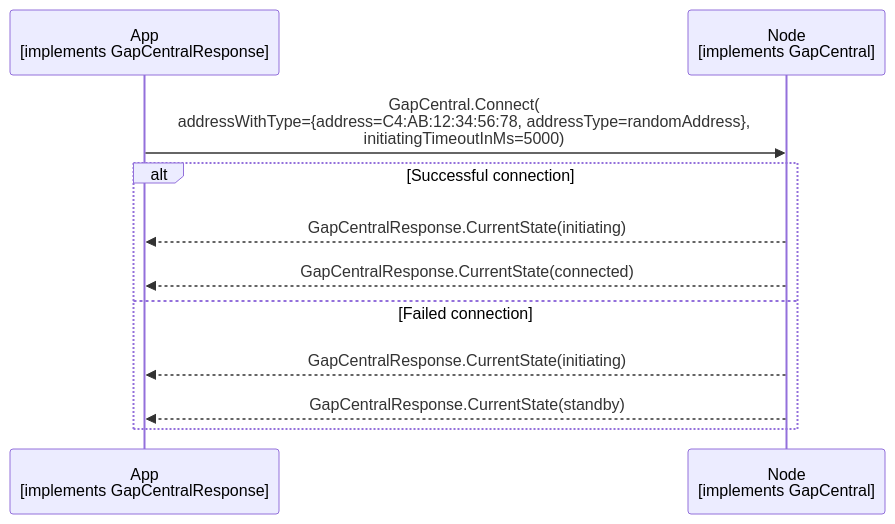
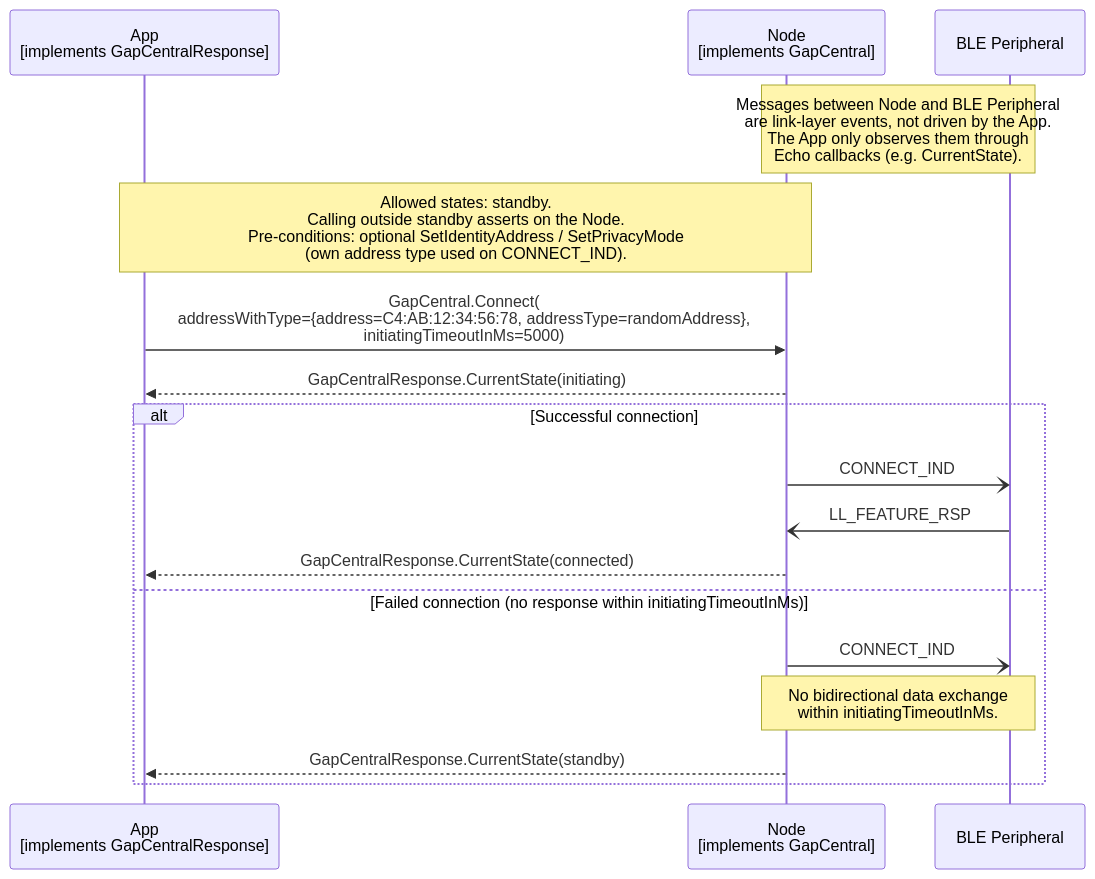
One commit to philips-software/amp-embedded-infra-lib changed the diagram in documents/modules/ROOT/partials/echoservices/gap_central/GapCentral_Connect_sequence.mmd. Above: the diagram before and after it, drawn with Mermaid. The commit also changed 32 other files, not shown here.

Commit message:
apply feedback on gap uml diagrams

```diff
--- a/documents/modules/ROOT/partials/echoservices/gap_central/GapCentral_Connect_sequence.mmd
+++ b/documents/modules/ROOT/partials/echoservices/gap_central/GapCentral_Connect_sequence.mmd
@@ -1,13 +1,20 @@
 sequenceDiagram
     participant App as App<br>[implements GapCentralResponse]
     participant Node as Node<br>[implements GapCentral]
+    participant Peripheral as BLE Peripheral
+
+    Note over Node, Peripheral: Messages between Node and BLE Peripheral<br>are link-layer events, not driven by the App.<br>The App only observes them through<br>Echo callbacks (e.g. CurrentState).
+    Note over App, Node: Allowed states: standby.<br>Calling outside standby asserts on the Node.<br>Pre-conditions: optional SetIdentityAddress / SetPrivacyMode<br>(own address type used on CONNECT_IND).
 
     App->>Node: GapCentral.Connect(<br>addressWithType={address=C4:AB:12:34:56:78, addressType=randomAddress},<br>initiatingTimeoutInMs=5000)
+    Node-->>App: GapCentralResponse.CurrentState(initiating)
 
     alt Successful connection
-        Node-->>App: GapCentralResponse.CurrentState(initiating)
+        Node-)Peripheral: CONNECT_IND
+        Peripheral-)Node: LL_FEATURE_RSP
         Node-->>App: GapCentralResponse.CurrentState(connected)
-    else Failed connection
-        Node-->>App: GapCentralResponse.CurrentState(initiating)
+    else Failed connection (no response within initiatingTimeoutInMs)
+        Node-)Peripheral: CONNECT_IND
+        Note over Node, Peripheral: No bidirectional data exchange<br>within initiatingTimeoutInMs.
         Node-->>App: GapCentralResponse.CurrentState(standby)
     end
```
